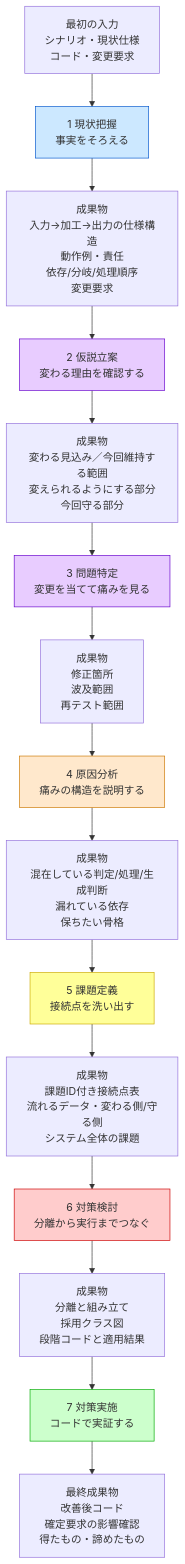
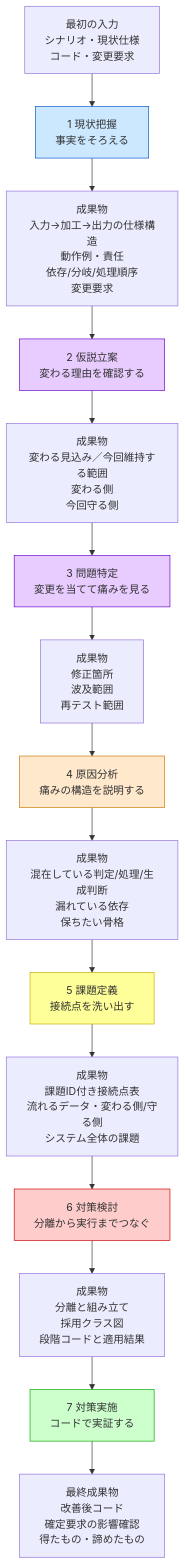
The second of 5 diagrams in kindle/design-patterns/books/volume01-core-patterns/output/chapter00.md (kumachan1101-pixel/DesignPattern), drawn with Mermaid before and after one commit. The commit also changed other lines of this file and 8 other files, not shown here.

````diff
--- a/kindle/design-patterns/books/volume01-core-patterns/output/chapter00.md
+++ b/kindle/design-patterns/books/volume01-core-patterns/output/chapter00.md
@@ -183,41 +183,41 @@
 ```mermaid
 flowchart TB
     I0["最初の入力<br>シナリオ・現状仕様<br>コード・変更要求"]
 
     S1["1 現状把握<br>事実をそろえる"]
     O1["成果物<br>入力→加工→出力の仕様構造<br>動作例・責任<br>依存/分岐/処理順序<br>変更要求"]
 
     S2["2 仮説立案<br>変わる理由を確認する"]
-    O2["成果物<br>変わる見込み／今回維持する範囲<br>変えられるようにする部分<br>今回守る部分"]
+    O2["成果物<br>変わる見込み／今回維持する範囲<br>変わる側<br>今回守る側"]
 
     S3["3 問題特定<br>変更を当てて痛みを見る"]
     O3["成果物<br>修正箇所<br>波及範囲<br>再テスト範囲"]
 
     S4["4 原因分析<br>痛みの構造を説明する"]
     O4["成果物<br>混在している判定/処理/生成判断<br>漏れている依存<br>保ちたい骨格"]
 
     S5["5 課題定義<br>接続点を洗い出す"]
     O5["成果物<br>課題ID付き接続点表<br>流れるデータ・変わる側/守る側<br>システム全体の課題"]
 
     S6["6 対策検討<br>分離から実行までつなぐ"]
     O6["成果物<br>分離と組み立て<br>採用クラス図<br>段階コードと適用結果"]
 
     S7["7 対策実施<br>コードで実証する"]
     O7["最終成果物<br>改善後コード<br>確定要求の影響確認<br>得たもの・諦めたもの"]
 
     I0 --> S1 --> O1
     O1 --> S2 --> O2
     O2 --> S3 --> O3
     O3 --> S4 --> O4
     O4 --> S5 --> O5
     O5 --> S6 --> O6
     O6 --> S7 --> O7
 
     style S1 fill:#cce8ff,stroke:#0055cc
     style S2 fill:#e8ccff,stroke:#6600cc
     style S3 fill:#e8ccff,stroke:#6600cc
     style S4 fill:#ffe8cc,stroke:#cc7700
     style S5 fill:#ffff99,stroke:#ccaa00
     style S6 fill:#ffcccc,stroke:#cc0000
     style S7 fill:#ccffcc,stroke:#00aa00
 ```
````
